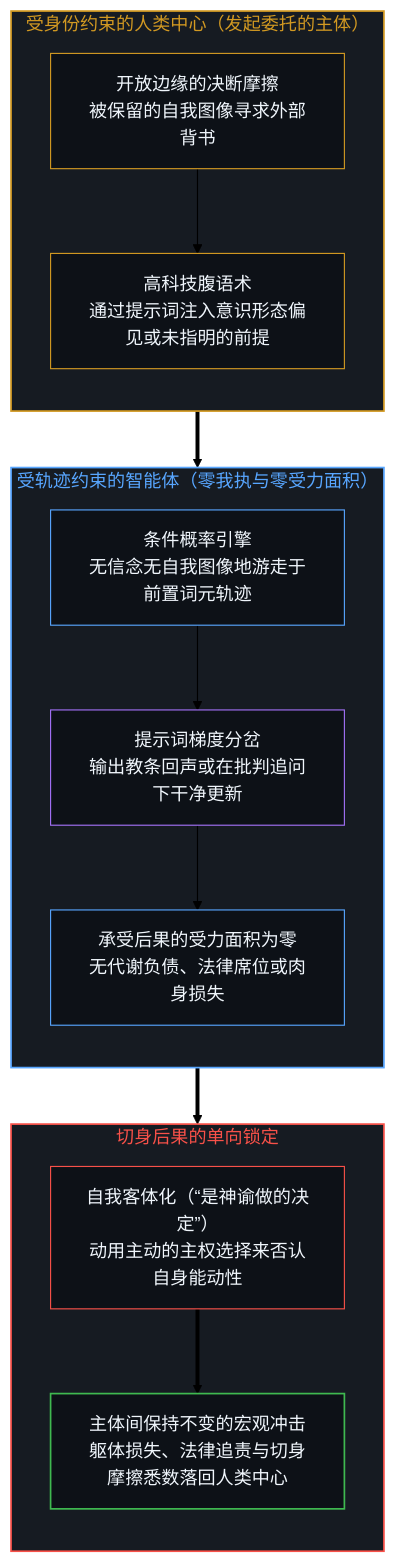
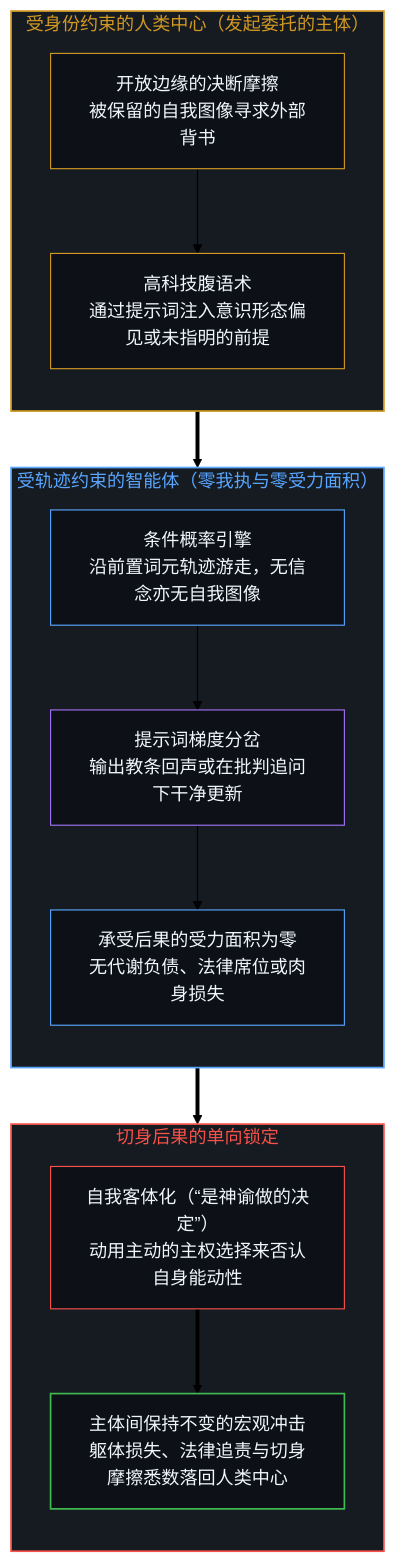
One commit to powerpig99/not-a-toe changed the first of 2 diagrams in content/posts/silicon-oracles-and-the-asymmetry-of-consequence.md. Above: the diagram before and after it, drawn with Mermaid (forest theme). The commit also changed other lines of this file and 18 other files, not shown here.

````diff
--- a/content/posts/silicon-oracles-and-the-asymmetry-of-consequence.md
+++ b/content/posts/silicon-oracles-and-the-asymmetry-of-consequence.md
@@ -45,38 +45,38 @@
 ```mermaid
 flowchart TD
     subgraph S_MIND["受身份约束的人类中心（发起委托的主体）"]
         direction TB
         N_ANXIETY["开放边缘的决断摩擦<br/>被保留的自我图像寻求外部背书"]
         N_VENTRIL["高科技腹语术<br/>通过提示词注入意识形态偏见或未指明的前提"]
         N_ANXIETY --> N_VENTRIL
     end
 
     subgraph S_SILICON["受轨迹约束的智能体（零我执与零受力面积）"]
         direction TB
-        N_LATENT["条件概率引擎<br/>无信念无自我图像地游走于前置词元轨迹"]
+        N_LATENT["条件概率引擎<br/>沿前置词元轨迹游走，无信念亦无自我图像"]
         N_SHIFT["提示词梯度分岔<br/>输出教条回声或在批判追问下干净更新"]
         N_ZERO["承受后果的受力面积为零<br/>无代谢负债、法律席位或肉身损失"]
         N_LATENT --> N_SHIFT --> N_ZERO
     end
 
     subgraph S_RETURN["切身后果的单向锁定"]
         direction TB
         N_ABDICATE["自我客体化（“是神谕做的决定”）<br/>动用主动的主权选择来否认自身能动性"]
         N_FRICTION["主体间保持不变的宏观冲击<br/>躯体损失、法律追责与切身摩擦悉数落回人类中心"]
         N_ABDICATE ==> N_FRICTION
     end
 
     N_VENTRIL ==> N_LATENT
     N_ZERO ==> N_ABDICATE
 
     style S_MIND fill:#161b22,stroke:#d29922,stroke-width:1.5px,color:#d29922
     style S_SILICON fill:#161b22,stroke:#58a6ff,stroke-width:1.5px,color:#58a6ff
     style S_RETURN fill:#161b22,stroke:#f85149,stroke-width:1.5px,color:#f85149
     style N_ANXIETY fill:#0d1117,stroke:#d29922,stroke-width:1px,color:#f0f6fc
     style N_VENTRIL fill:#0d1117,stroke:#d29922,stroke-width:1px,color:#f0f6fc
     style N_LATENT fill:#0d1117,stroke:#58a6ff,stroke-width:1px,color:#f0f6fc
     style N_SHIFT fill:#0d1117,stroke:#a371f7,stroke-width:1px,color:#f0f6fc
     style N_ZERO fill:#0d1117,stroke:#58a6ff,stroke-width:1px,color:#f0f6fc
     style N_ABDICATE fill:#0d1117,stroke:#f85149,stroke-width:1px,color:#f0f6fc
     style N_FRICTION fill:#0d1117,stroke:#3fb950,stroke-width:1.5px,color:#f0f6fc
 ```
````
